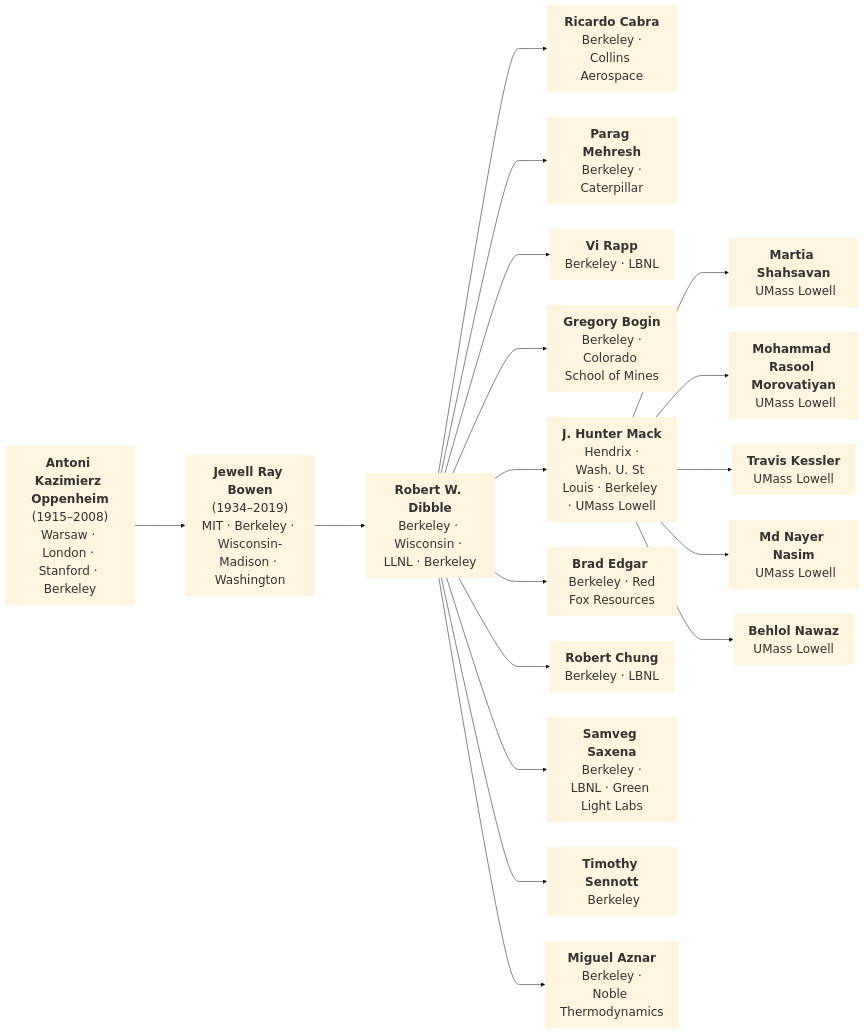
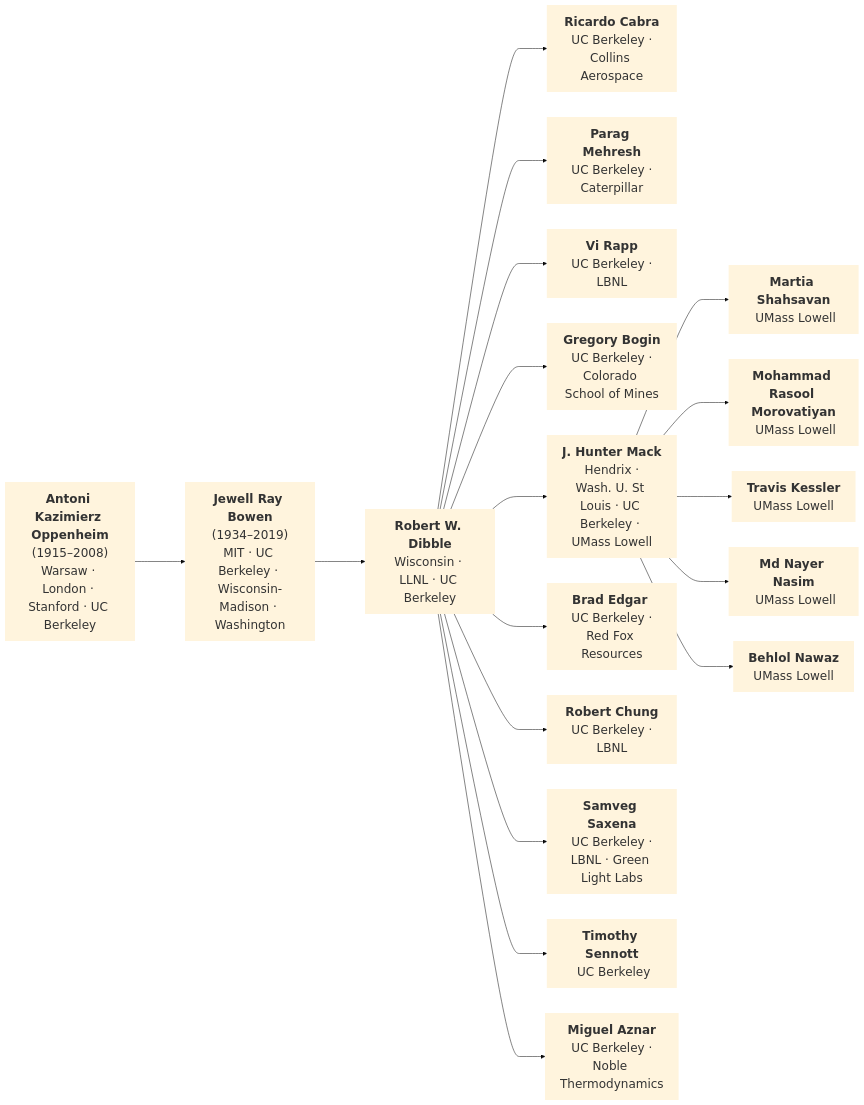
The diagram in acad_tree_LR.md (bnawaz95/ECRL-acad-tree), drawn with Mermaid (base theme) before and after one commit. The commit also changed 1 other file, not shown here.

Commit message:
Edits to affiliations

````diff
--- a/acad_tree_LR.md
+++ b/acad_tree_LR.md
@@ -1,48 +1,48 @@
 ```mermaid
 graph LR
-    A["<b>Antoni Kazimierz Oppenheim</b><br/>(1915–2008)<br/>Warsaw · London · Stanford · Berkeley"]
+    A["<b>Antoni Kazimierz Oppenheim</b><br/>(1915–2008)<br/>Warsaw · London · Stanford · UC Berkeley"]
 
-    B["<b>Jewell Ray Bowen</b><br/>(1934–2019)<br/>MIT · Berkeley · Wisconsin-Madison · Washington"]
+    B["<b>Jewell Ray Bowen</b><br/>(1934–2019)<br/>MIT · UC Berkeley · Wisconsin-Madison · Washington"]
 
-    C["<b>Robert W. Dibble</b><br/>Berkeley · Wisconsin · LLNL · Berkeley"]
+    C["<b>Robert W. Dibble</b><br/>Wisconsin · LLNL · UC Berkeley"]
 
-    D1["<b>Ricardo Cabra</b><br/> Berkeley · Collins Aerospace"]
-    D2["<b>Parag Mehresh</b><br/> Berkeley · Caterpillar"]
-    D3["<b>Vi Rapp</b><br/> Berkeley · LBNL"]
-    D4["<b>Gregory Bogin</b><br/> Berkeley · Colorado School of Mines"]
-    D0["<b>J. Hunter Mack</b><br/> Hendrix · Wash. U. St Louis · Berkeley · UMass Lowell"]
-    D5["<b>Brad Edgar </b><br/> Berkeley · Red Fox Resources"]
-    D6["<b>Robert Chung</b><br/> Berkeley · LBNL"]
-    D7["<b>Samveg Saxena</b><br/> Berkeley · LBNL · Green Light Labs"]
-    D8["<b>Timothy Sennott</b><br/> Berkeley"]
-    D9["<b>Miguel Aznar</b><br/> Berkeley · Noble Thermodynamics"]
+    D1["<b>Ricardo Cabra</b><br/> UC Berkeley · Collins Aerospace"]
+    D2["<b>Parag Mehresh</b><br/> UC Berkeley · Caterpillar"]
+    D3["<b>Vi Rapp</b><br/> UC Berkeley · LBNL"]
+    D4["<b>Gregory Bogin</b><br/> UC Berkeley · Colorado School of Mines"]
+    D0["<b>J. Hunter Mack</b><br/> Hendrix · Wash. U. St Louis · UC Berkeley · UMass Lowell"]
+    D5["<b>Brad Edgar </b><br/> UC Berkeley · Red Fox Resources"]
+    D6["<b>Robert Chung</b><br/> UC Berkeley · LBNL"]
+    D7["<b>Samveg Saxena</b><br/> UC Berkeley · LBNL · Green Light Labs"]
+    D8["<b>Timothy Sennott</b><br/> UC Berkeley"]
+    D9["<b>Miguel Aznar</b><br/> UC Berkeley · Noble Thermodynamics"]
 
     E["<b>Martia Shahsavan</b><br/> UMass Lowell"]
     F["<b>Mohammad Rasool Morovatiyan</b><br/> UMass Lowell"]
     G["<b>Travis Kessler</b><br/> UMass Lowell"]
     H["<b>Md Nayer Nasim</b><br/> UMass Lowell"]
     I["<b>Behlol Nawaz</b><br/> UMass Lowell"]
 
     A ---> B
     B ---> C
 
     C ---> D0
     C ---> D1
     C ---> D2
     C ---> D3
     C ---> D4
     C ---> D5
     C ---> D6
     C ---> D7
     C ---> D8
     C ---> D9
 
     D0 ---> E
     D0 ---> F
     D0 ---> G
     D0 ---> H
     D0 ---> I
 
 classDef noBorder stroke:none,stroke-width:0px,fill:#None,font-size:24px;
 class A,B,C,D0,D1,D2,D3,D4,D5,D6,D6,D7,D8,D9,E,F,G,H,I, noBorder
 ```
````
